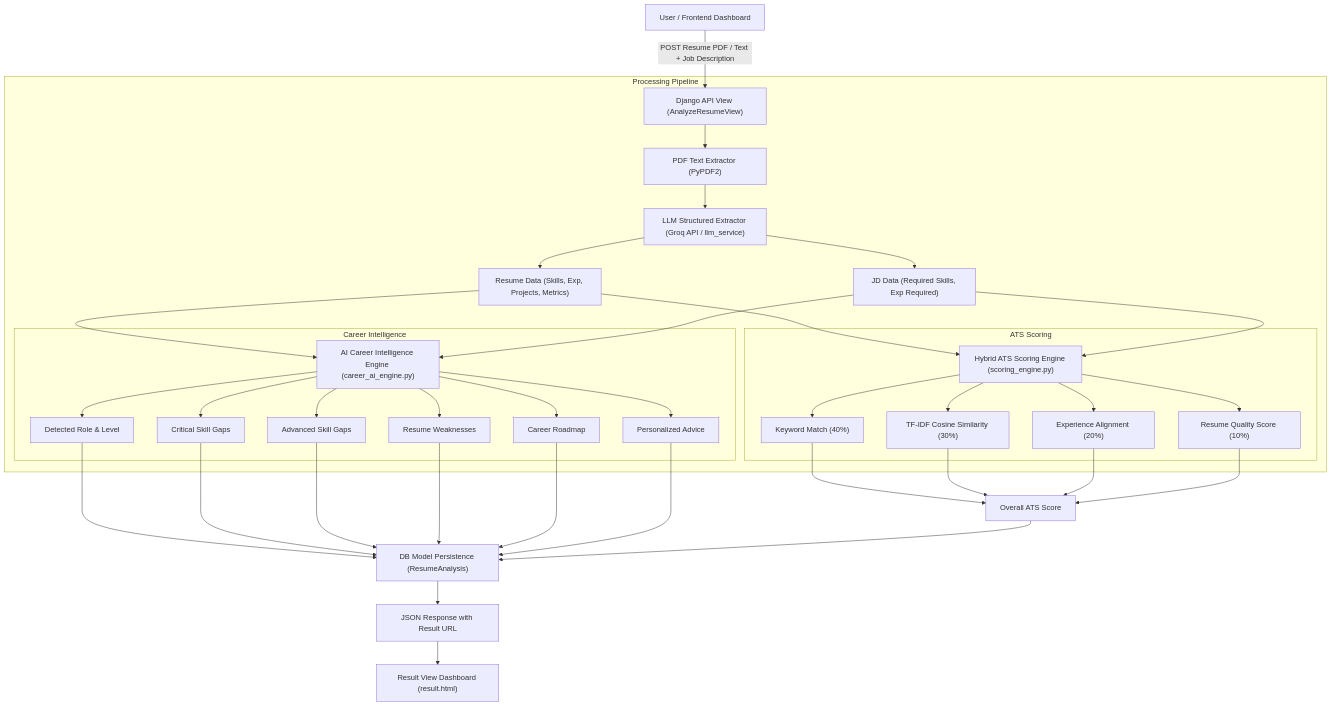
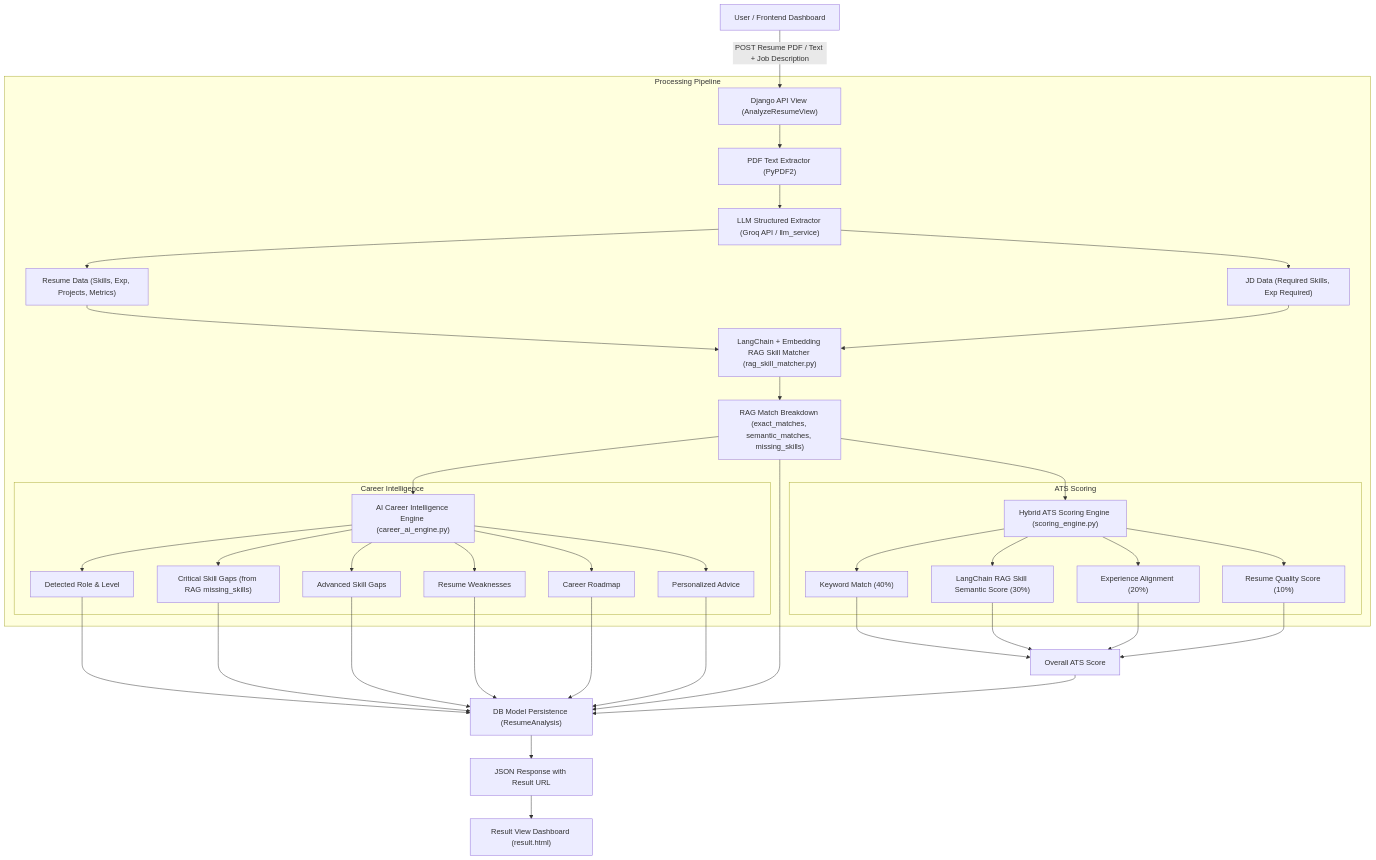
Before and after one commit to Neminath-jain/ResumeIQ: the diagram in ARCHITECTURE.md, drawn with Mermaid. The commit also changed 9 other files, not shown here.

Commit message:
Integrate LangChain & RAG embedding skill matcher (all-MiniLM-L6-v2) into ATS scoring engine, career intelligence, and unit tests

````diff
--- a/ARCHITECTURE.md
+++ b/ARCHITECTURE.md
@@ -15,38 +15,41 @@
 ```mermaid
 flowchart TD
     A["User / Frontend Dashboard"] -->|"POST Resume PDF / Text + Job Description"| B["Django API View (AnalyzeResumeView)"]
     
     subgraph Processing Pipeline
         B --> C["PDF Text Extractor (PyPDF2)"]
         C --> D["LLM Structured Extractor (Groq API / llm_service)"]
         
         D --> E1["Resume Data (Skills, Exp, Projects, Metrics)"]
         D --> E2["JD Data (Required Skills, Exp Required)"]
         
-        E1 & E2 --> F["Hybrid ATS Scoring Engine (scoring_engine.py)"]
-        E1 & E2 --> G["AI Career Intelligence Engine (career_ai_engine.py)"]
+        E1 & E2 --> RAG["LangChain + Embedding RAG Skill Matcher (rag_skill_matcher.py)"]
+        RAG --> RAG_OUT["RAG Match Breakdown (exact_matches, semantic_matches, missing_skills)"]
+        
+        RAG_OUT --> F["Hybrid ATS Scoring Engine (scoring_engine.py)"]
+        RAG_OUT --> G["AI Career Intelligence Engine (career_ai_engine.py)"]
         
         subgraph ATS Scoring
             F --> F1["Keyword Match (40%)"]
-            F --> F2["TF-IDF Cosine Similarity (30%)"]
+            F --> F2["LangChain RAG Skill Semantic Score (30%)"]
             F --> F3["Experience Alignment (20%)"]
             F --> F4["Resume Quality Score (10%)"]
         end
         
         subgraph Career Intelligence
             G --> G1["Detected Role & Level"]
-            G --> G2["Critical Skill Gaps"]
+            G --> G2["Critical Skill Gaps (from RAG missing_skills)"]
             G --> G3["Advanced Skill Gaps"]
             G --> G4["Resume Weaknesses"]
             G --> G5["Career Roadmap"]
             G --> G6["Personalized Advice"]
         end
     end
     
     F1 & F2 & F3 & F4 --> H["Overall ATS Score"]
-    G1 & G2 & G3 & G4 & G5 & G6 --> I["DB Model Persistence (ResumeAnalysis)"]
+    G1 & G2 & G3 & G4 & G5 & G6 & RAG_OUT --> I["DB Model Persistence (ResumeAnalysis)"]
     H --> I
     
     I --> J["JSON Response with Result URL"]
     J --> K["Result View Dashboard (result.html)"]
 ```
````
